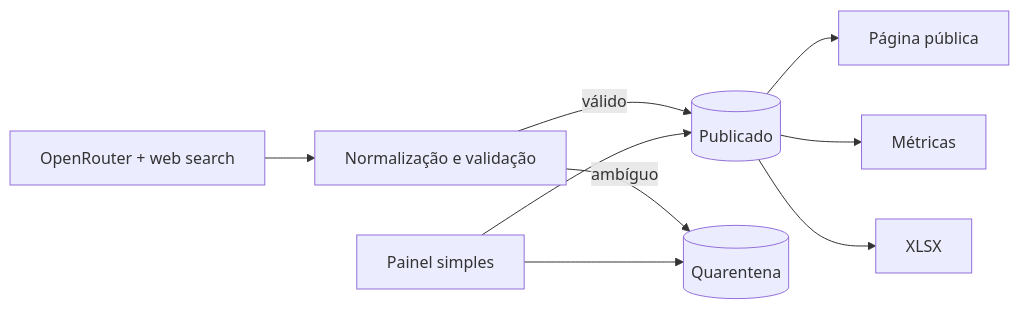
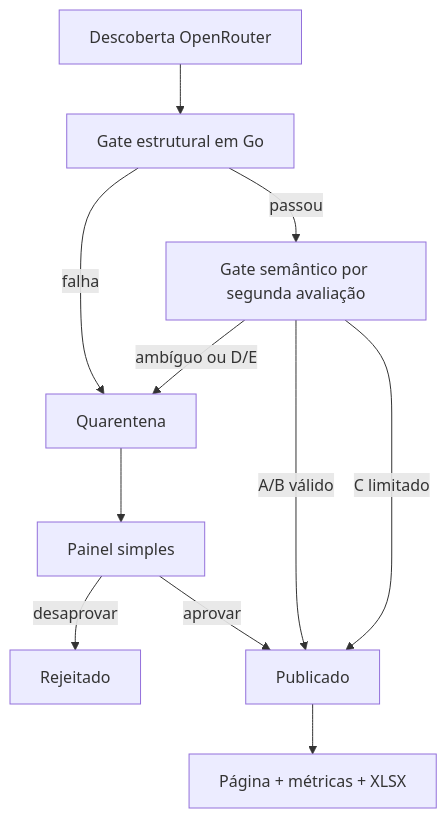
One commit to raphaieu/vorcarozap changed the diagram in README.md. Above: the diagram before and after it, drawn with Mermaid. The commit also changed other lines of this file and 19 other files, not shown here.

````diff
--- a/README.md
+++ b/README.md
@@ -31,11 +33,13 @@
 ```mermaid
-flowchart LR
-  OR[OpenRouter + web search] --> V[Normalização e validação]
-  V -->|válido| P[(Publicado)]
-  V -->|ambíguo| Q[(Quarentena)]
-  A[Painel simples] --> P
-  A --> Q
-  P --> W[Página pública]
-  P --> M[Métricas]
-  P --> X[XLSX]
+flowchart TB
+  OR[Descoberta OpenRouter] --> GE[Gate estrutural em Go]
+  GE -->|falha| Q[Quarentena]
+  GE -->|passou| GS[Gate semântico por segunda avaliação]
+  GS -->|ambíguo ou D/E| Q
+  GS -->|A/B válido| P[Publicado]
+  GS -->|C limitado| P
+  Q --> A[Painel simples]
+  A -->|desaprovar| R[Rejeitado]
+  A -->|aprovar| P
+  P --> OUT[Página + métricas + XLSX]
 ```
````
